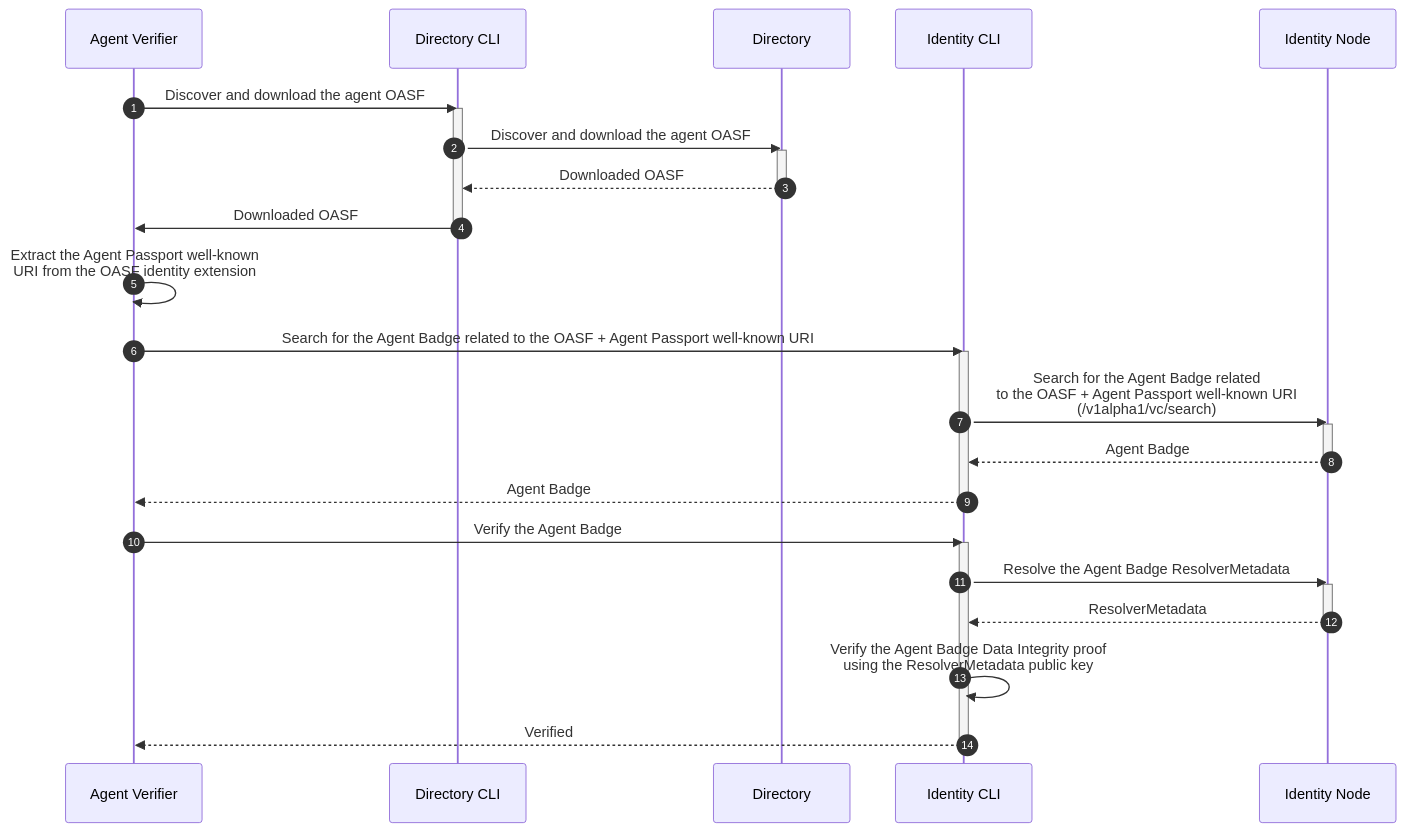
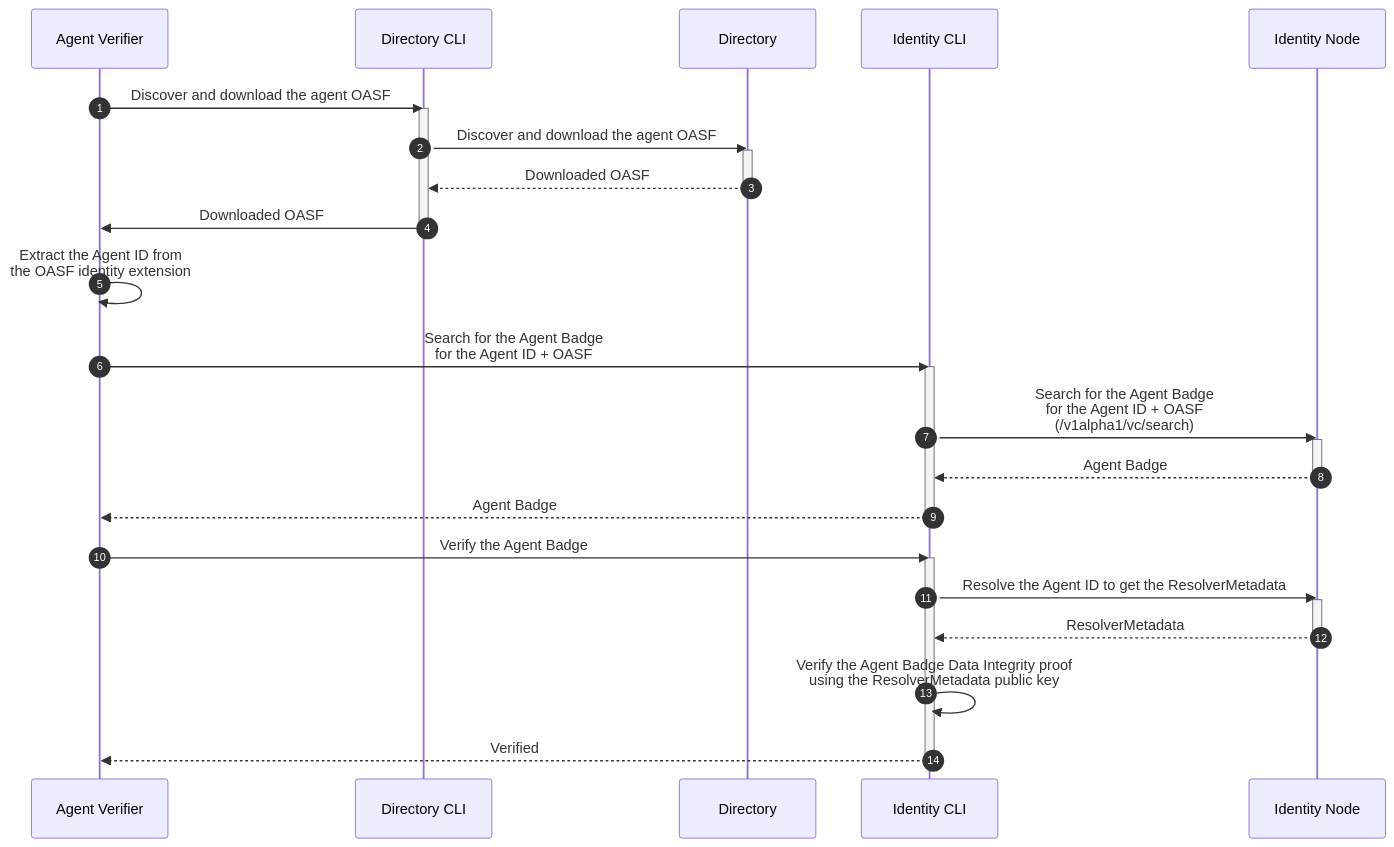
One commit to agntcy/identity-spec changed the fourth of 4 diagrams in docs-src/docs/specs/flows/agntcy_advanced.md. Above: the diagram before and after it, drawn with Mermaid. The commit also changed other lines of this file, not shown here.

Commit message:
fix: remove agent passport

````diff
--- a/docs-src/docs/specs/flows/agntcy_advanced.md
+++ b/docs-src/docs/specs/flows/agntcy_advanced.md
@@ -172,36 +146,34 @@
 ```mermaid
 sequenceDiagram
 autonumber
 
-% Discover + download the agent OASF
 Agent Verifier->>Directory CLI: Discover and download the agent OASF
 activate Directory CLI
 Directory CLI->>Directory: Discover and download the agent OASF
 activate Directory
 Directory-->>Directory CLI: Downloaded OASF
 deactivate Directory
 Directory CLI->>Agent Verifier: Downloaded OASF
 deactivate Directory CLI
 
-Agent Verifier->>Agent Verifier: Extract the Agent Passport well-known<br/>URI from the OASF identity extension
+Agent Verifier->>Agent Verifier: Extract the Agent ID from<br/>the OASF identity extension
 
-Agent Verifier->>Identity CLI: Search for the Agent Badge related to the OASF + Agent Passport well-known URI
+Agent Verifier->>Identity CLI: Search for the Agent Badge<br/>for the Agent ID + OASF
 activate Identity CLI
-Identity CLI->>Identity Node: Search for the Agent Badge related<br/>to the OASF + Agent Passport well-known URI<br/>(/v1alpha1/vc/search)
+Identity CLI->>Identity Node: Search for the Agent Badge<br/>for the Agent ID + OASF<br/>(/v1alpha1/vc/search)
 activate Identity Node
 Identity Node-->>Identity CLI: Agent Badge
 deactivate Identity Node
 Identity CLI-->>Agent Verifier: Agent Badge
 deactivate Identity CLI
 
-% Find and verify the Agent Badge
 Agent Verifier->>Identity CLI: Verify the Agent Badge
 activate Identity CLI
-Identity CLI->>Identity Node: Resolve the Agent Badge ResolverMetadata
+Identity CLI->>Identity Node: Resolve the Agent ID to get the ResolverMetadata
 activate Identity Node
 Identity Node-->>Identity CLI: ResolverMetadata
 deactivate Identity Node
 Identity CLI->>Identity CLI: Verify the Agent Badge Data Integrity proof<br/>using the ResolverMetadata public key
 Identity CLI-->>Agent Verifier: Verified
 deactivate Identity CLI
 ```
````
